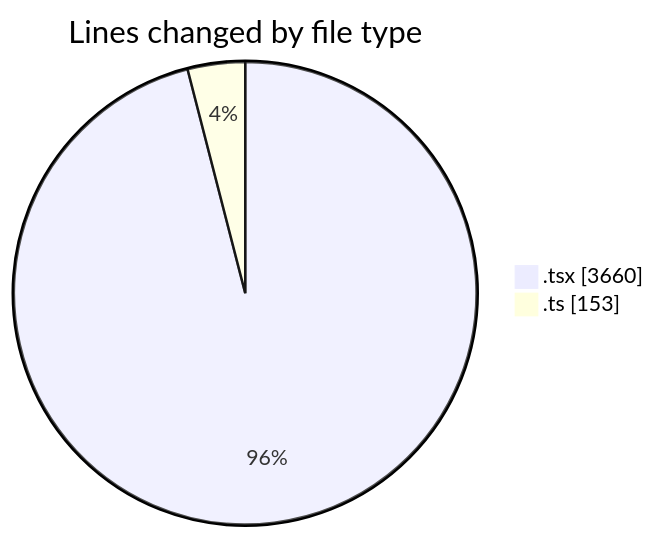
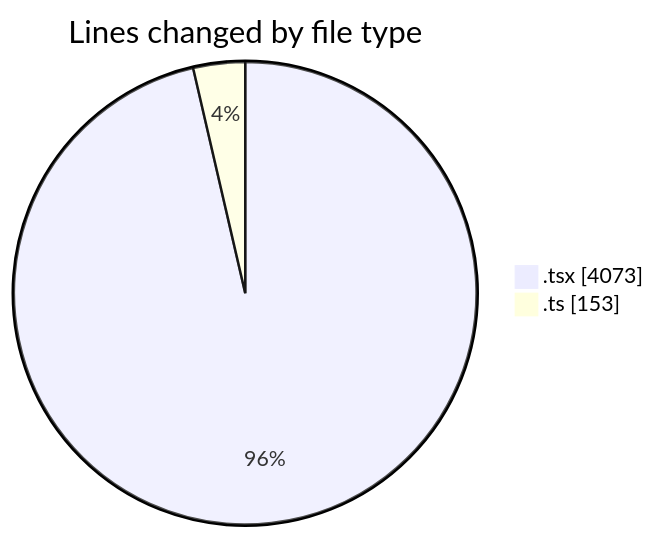
One commit to nxtqubesakshisongat/code-tracking changed the first of 2 diagrams in 2026-03-27/nxtqube_webapp/README.md. Above: the diagram before and after it, drawn with Mermaid. The commit also changed other lines of this file and 1 other file, not shown here.

````diff
--- a/2026-03-27/nxtqube_webapp/README.md
+++ b/2026-03-27/nxtqube_webapp/README.md
@@ -25,6 +25,6 @@
 ```mermaid
 pie showData
 title Lines changed by file type
-".tsx" : 3660
+".tsx" : 4073
 ".ts" : 153
 ```
````
